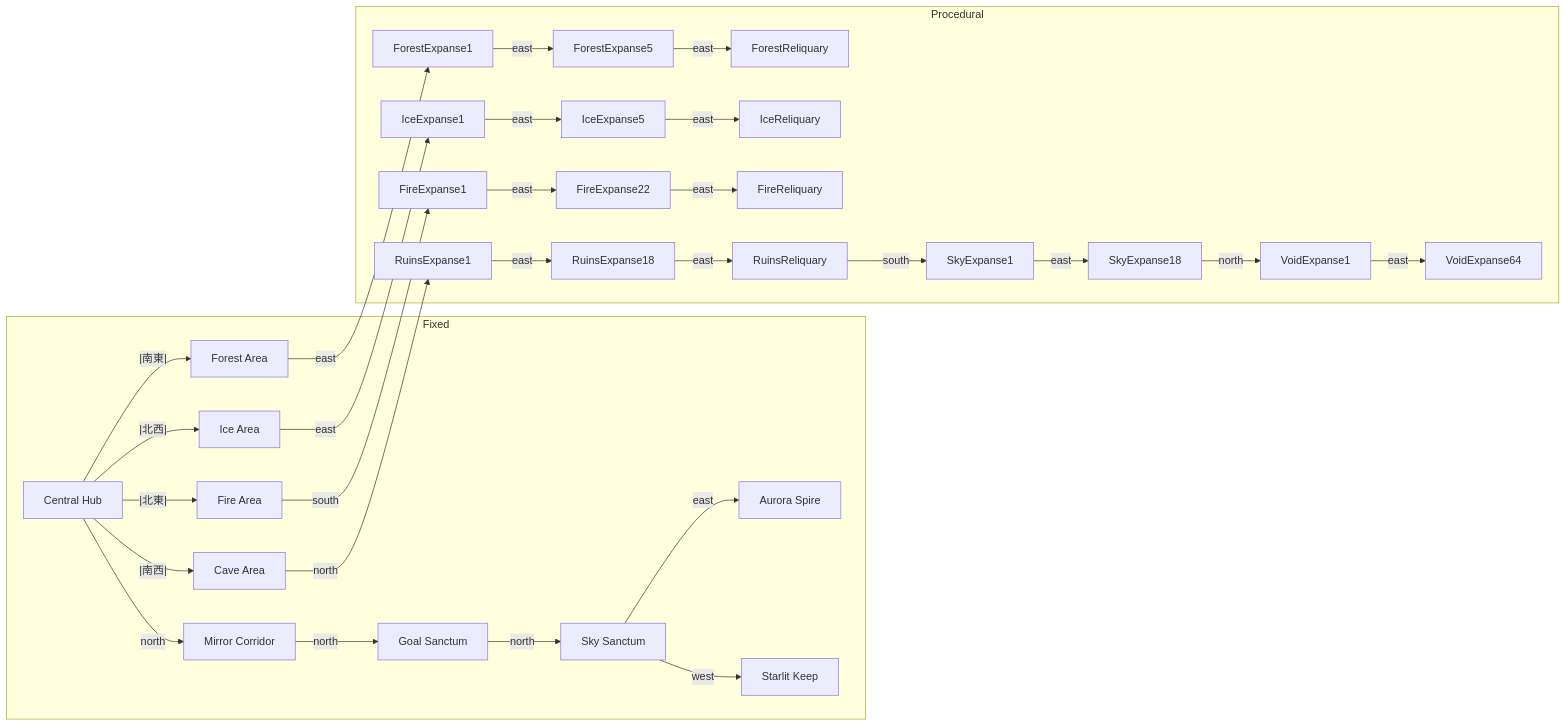
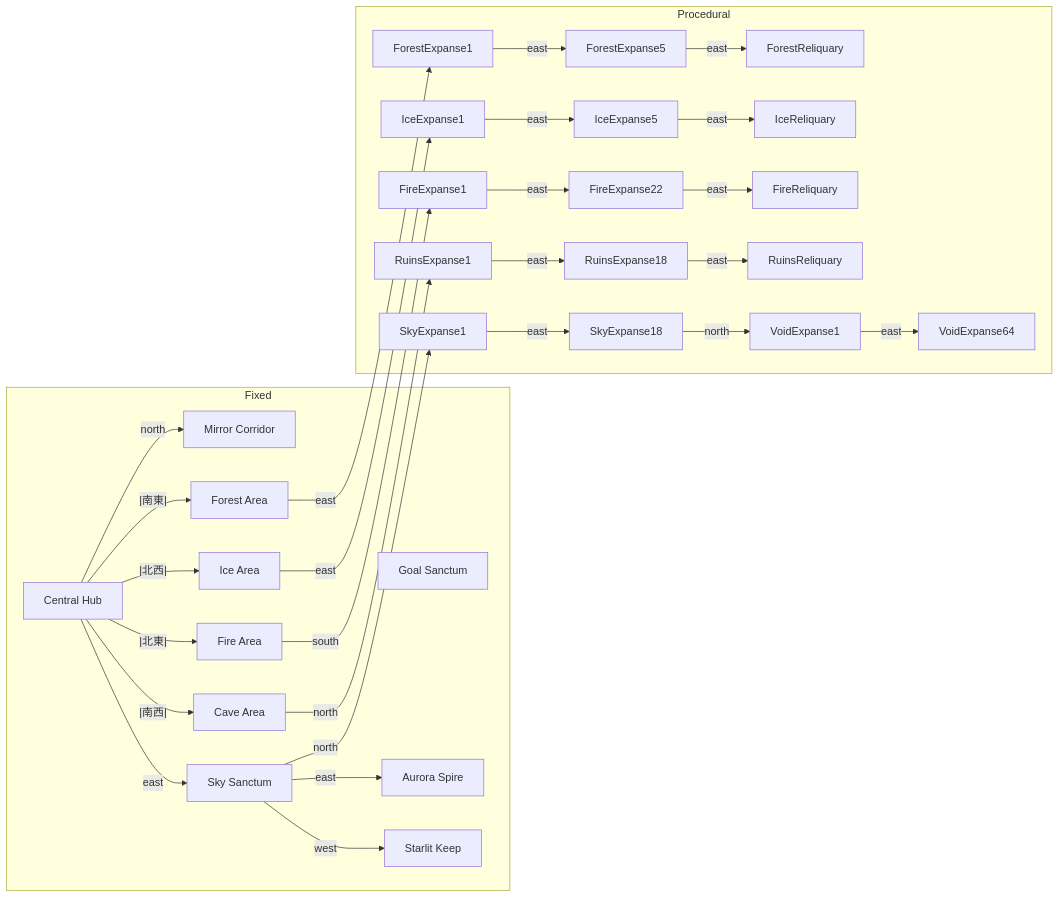
The diagram in docs/map-structure.md (penpenguin/fake-kirdy), drawn with Mermaid before and after one commit. The commit also changed other lines of this file and 3 other files, not shown here.

Commit message:
Remove north door from Goal Sanctum

````diff
--- a/docs/map-structure.md
+++ b/docs/map-structure.md
@@ -83,37 +84,37 @@
 ```mermaid
 graph LR
   subgraph Fixed
     CH[Central Hub]
     MC[Mirror Corridor]
     IA[Ice Area]
     FA[Forest Area]
     CA[Cave Area]
     FIRE[Fire Area]
     GOAL[Goal Sanctum]
     SKY[Sky Sanctum]
     AS[Aurora Spire]
     SK[Starlit Keep]
   end
 
   CH -- north --> MC
-  MC -- north --> GOAL -- north --> SKY
+  CH -- east --> SKY
   CH --|北東|--> FIRE
   CH --|北西|--> IA
   CH --|南東|--> FA
   CH --|南西|--> CA
   FIRE -- south --> FireExpanse1
   SKY -- east --> AS
   SKY -- west --> SK
   FA -- east --> ForestExpanse1
   IA -- east --> IceExpanse1
   CA -- north --> RuinsExpanse1
 
   subgraph Procedural
     ForestExpanse1 -- east --> ForestExpanse5 -- east --> ForestReliquary
     IceExpanse1 -- east --> IceExpanse5 -- east --> IceReliquary
     FireExpanse1 -- east --> FireExpanse22 -- east --> FireReliquary
     RuinsExpanse1 -- east --> RuinsExpanse18 -- east --> RuinsReliquary
-    RuinsReliquary -- south --> SkyExpanse1 -- east --> SkyExpanse18
+    SKY -- north --> SkyExpanse1 -- east --> SkyExpanse18
     SkyExpanse18 -- north --> VoidExpanse1 -- east --> VoidExpanse64
   end
 ```
````
